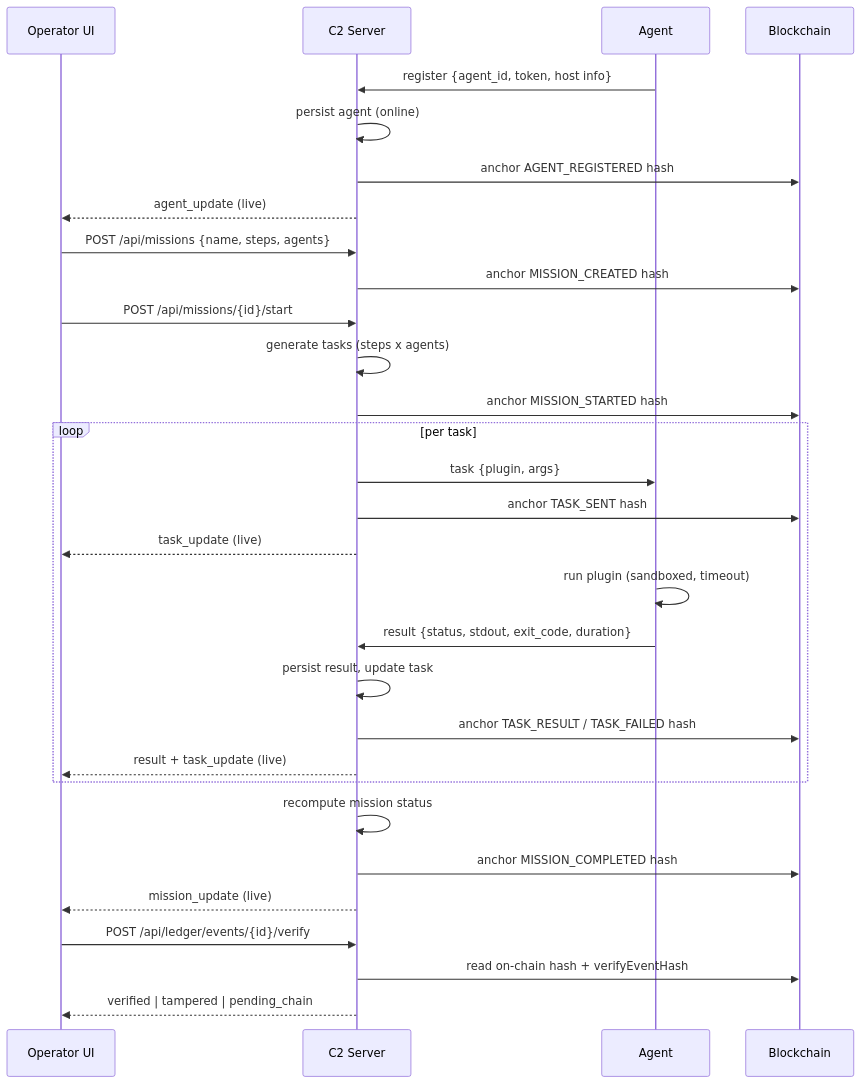
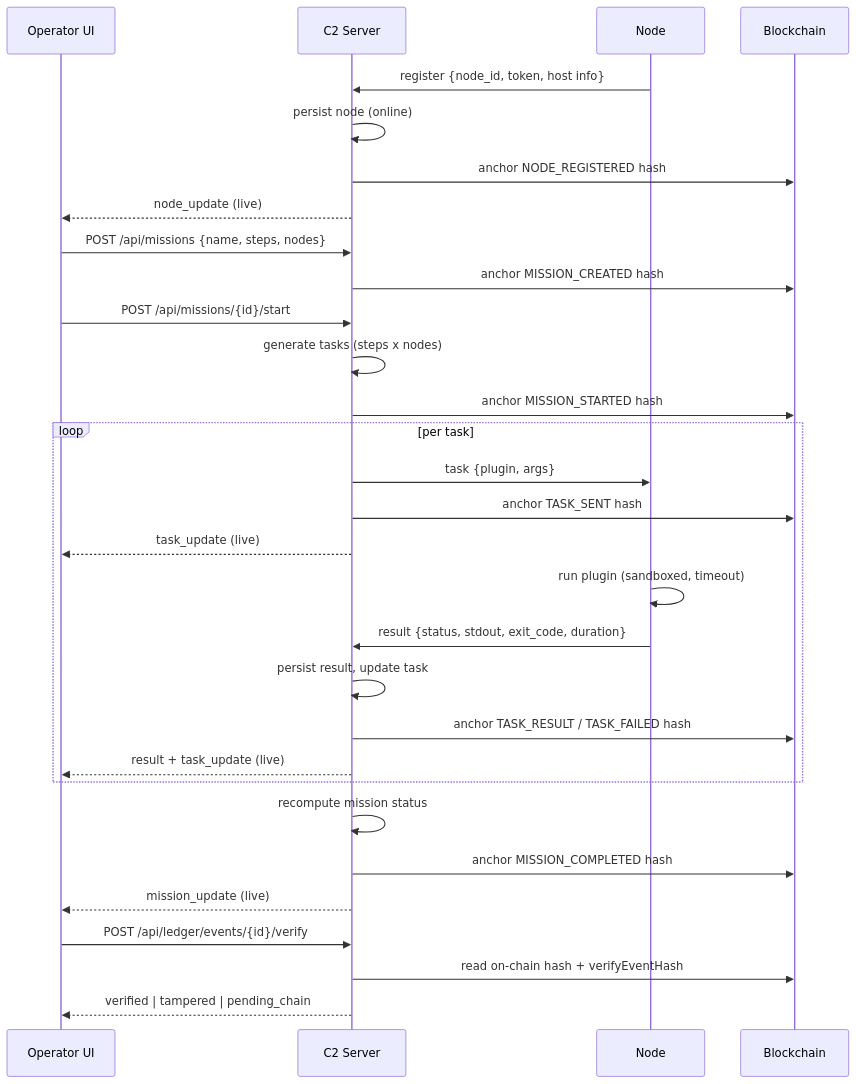
The second of 2 diagrams in docs/architecture.md (ybedoyab/aligo-c2), drawn with Mermaid before and after one commit. The commit also changed other lines of this file and 96 other files, not shown here.

Commit message:
fix: change name from agents to nodes

````diff
--- a/docs/architecture.md
+++ b/docs/architecture.md
@@ -54,35 +54,35 @@
 ```mermaid
 sequenceDiagram
   participant O as Operator UI
   participant S as C2 Server
-  participant A as Agent
+  participant N as Node
   participant L as Blockchain
 
-  A->>S: register {agent_id, token, host info}
-  S->>S: persist agent (online)
-  S->>L: anchor AGENT_REGISTERED hash
-  S-->>O: agent_update (live)
+  N->>S: register {node_id, token, host info}
+  S->>S: persist node (online)
+  S->>L: anchor NODE_REGISTERED hash
+  S-->>O: node_update (live)
 
-  O->>S: POST /api/missions {name, steps, agents}
+  O->>S: POST /api/missions {name, steps, nodes}
   S->>L: anchor MISSION_CREATED hash
   O->>S: POST /api/missions/{id}/start
-  S->>S: generate tasks (steps x agents)
+  S->>S: generate tasks (steps x nodes)
   S->>L: anchor MISSION_STARTED hash
   loop per task
-    S->>A: task {plugin, args}
+    S->>N: task {plugin, args}
     S->>L: anchor TASK_SENT hash
     S-->>O: task_update (live)
-    A->>A: run plugin (sandboxed, timeout)
-    A->>S: result {status, stdout, exit_code, duration}
+    N->>N: run plugin (sandboxed, timeout)
+    N->>S: result {status, stdout, exit_code, duration}
     S->>S: persist result, update task
     S->>L: anchor TASK_RESULT / TASK_FAILED hash
     S-->>O: result + task_update (live)
   end
   S->>S: recompute mission status
   S->>L: anchor MISSION_COMPLETED hash
   S-->>O: mission_update (live)
 
   O->>S: POST /api/ledger/events/{id}/verify
   S->>L: read on-chain hash + verifyEventHash
   S-->>O: verified | tampered | pending_chain
 ```
````
